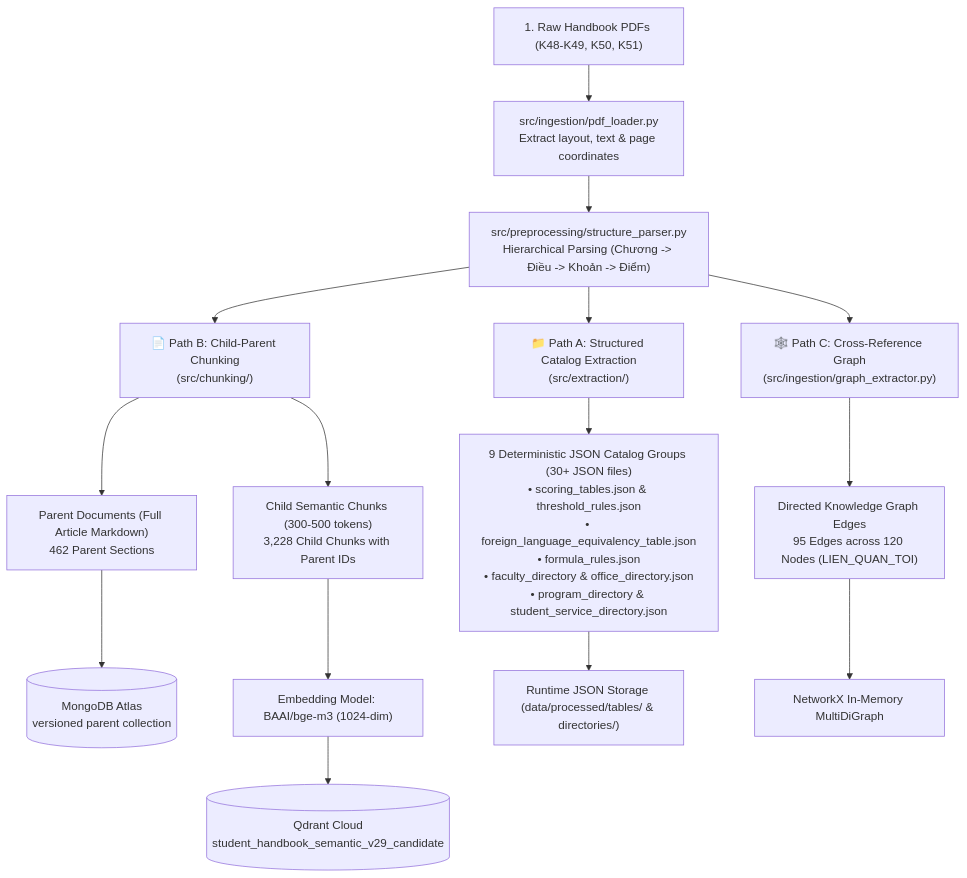
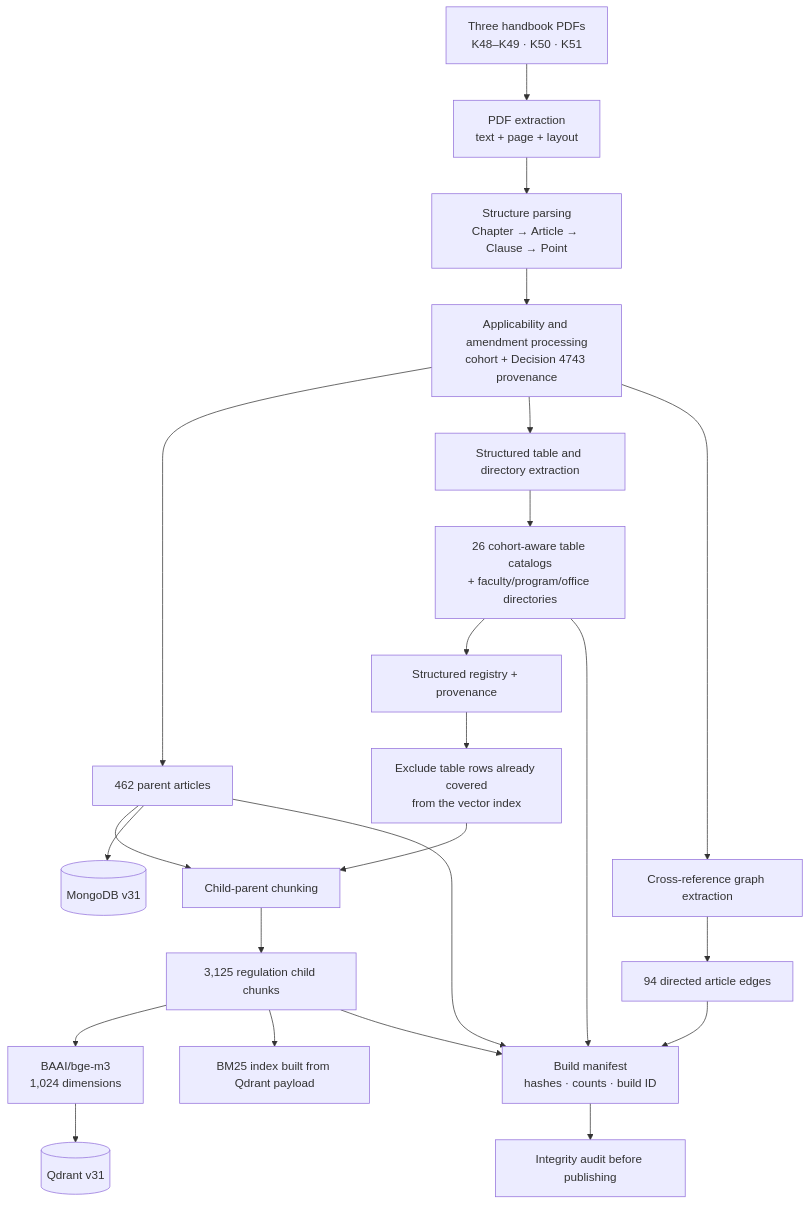
Before and after one commit to AnhPhiNe/student-handbook-rag-chatbot: the second of 3 diagrams in README.md, drawn with Mermaid. The commit also changed other lines of this file, not shown here.

````diff
--- a/README.md
+++ b/README.md
@@ -93,21 +63,30 @@
 ```mermaid
 flowchart TD
-    RawPDF["1. Raw Handbook PDFs (K48-K49, K50, K51)"] --> PDFLoader["src/ingestion/pdf_loader.py<br/>Extract layout, text & page coordinates"]
-    PDFLoader --> StructParser["src/preprocessing/structure_parser.py<br/>Hierarchical Parsing (Chương -> Điều -> Khoản -> Điểm)"]
-    
-    StructParser --> PathA["📁 Path A: Structured Catalog Extraction<br/>(src/extraction/)"]
-    StructParser --> PathB["📄 Path B: Child-Parent Chunking<br/>(src/chunking/)"]
-    StructParser --> PathC["🕸️ Path C: Cross-Reference Graph<br/>(src/ingestion/graph_extractor.py)"]
-    
-    PathA --> Tables["9 Deterministic JSON Catalog Groups (30+ JSON files)<br/>• scoring_tables.json & threshold_rules.json<br/>• foreign_language_equivalency_table.json<br/>• formula_rules.json<br/>• faculty_directory & office_directory.json<br/>• program_directory & student_service_directory.json"]
-    
-    PathB --> ParentDocs["Parent Documents (Full Article Markdown)<br/>462 Parent Sections"]
-    PathB --> ChildChunks["Child Semantic Chunks (300-500 tokens)<br/>3,228 Child Chunks with Parent IDs"]
-    
-    PathC --> GraphEdges["Directed Knowledge Graph Edges<br/>95 Edges across 120 Nodes (LIEN_QUAN_TOI)"]
-    
-    ParentDocs --> Mongo[("MongoDB Atlas<br/>versioned parent collection")]
-    ChildChunks --> Embed["Embedding Model: BAAI/bge-m3 (1024-dim)"] --> Qdrant[("Qdrant Cloud<br/>student_handbook_semantic_v29_candidate")]
-    Tables --> RuntimeJSON["Runtime JSON Storage (data/processed/tables/ & directories/)"]
-    GraphEdges --> GraphJSON["NetworkX In-Memory MultiDiGraph"]
+    PDFs["Three handbook PDFs<br/>K48–K49 · K50 · K51"] --> Extract["PDF extraction<br/>text + page + layout"]
+    Extract --> Parse["Structure parsing<br/>Chapter → Article → Clause → Point"]
+    Parse --> Policy["Applicability and amendment processing<br/>cohort + Decision 4743 provenance"]
+
+    Policy --> Parents["462 parent articles"]
+    Policy --> TableExtract["Structured table and directory extraction"]
+    Policy --> GraphExtract["Cross-reference graph extraction"]
+
+    TableExtract --> Catalogs["26 cohort-aware table catalogs<br/>+ faculty/program/office directories"]
+    Catalogs --> Registry["Structured registry + provenance"]
+
+    Parents --> Chunking["Child-parent chunking"]
+    Registry --> Exclude["Exclude table rows already covered<br/>from the vector index"]
+    Exclude --> Chunking
+    Chunking --> Children["3,125 regulation child chunks"]
+    Children --> Embedding["BAAI/bge-m3<br/>1,024 dimensions"]
+
+    Parents --> Mongo[("MongoDB v31")]
+    Embedding --> Qdrant[("Qdrant v31")]
+    Children --> BM25["BM25 index built from Qdrant payload"]
+    GraphExtract --> Graph["94 directed article edges"]
+
+    Parents --> Manifest["Build manifest<br/>hashes · counts · build ID"]
+    Catalogs --> Manifest
+    Children --> Manifest
+    Graph --> Manifest
+    Manifest --> Audit["Integrity audit before publishing"]
 ```
````
